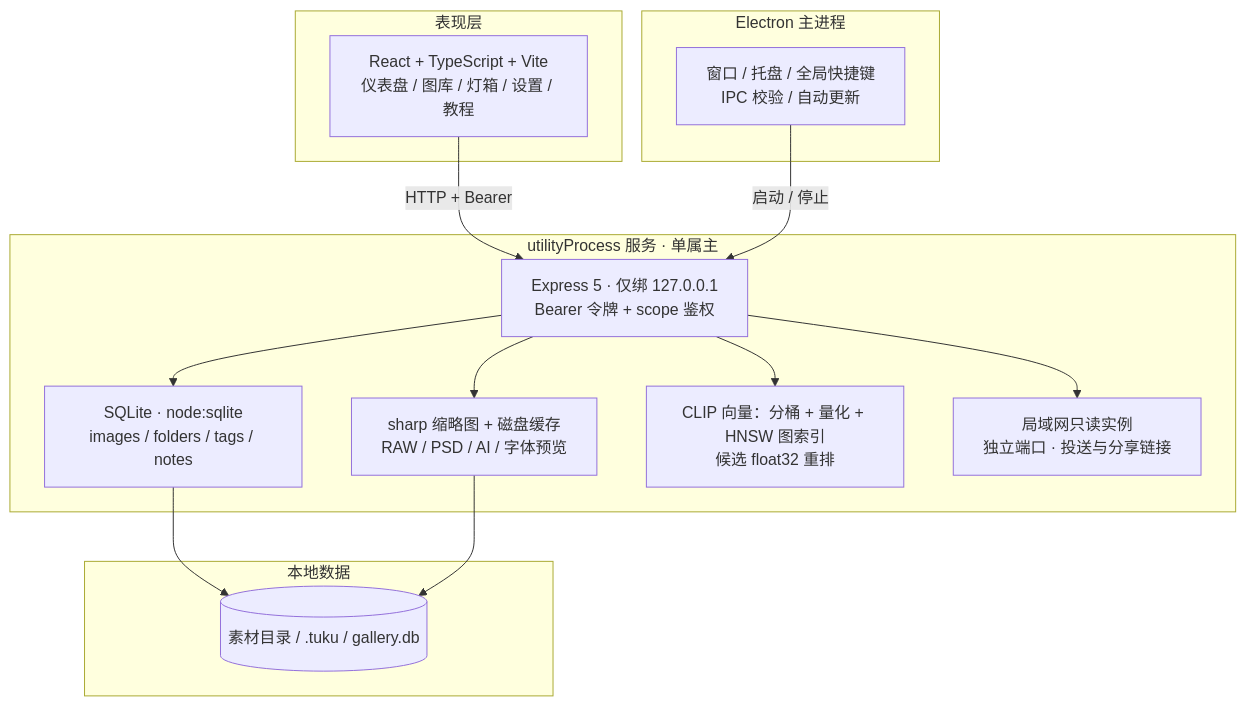
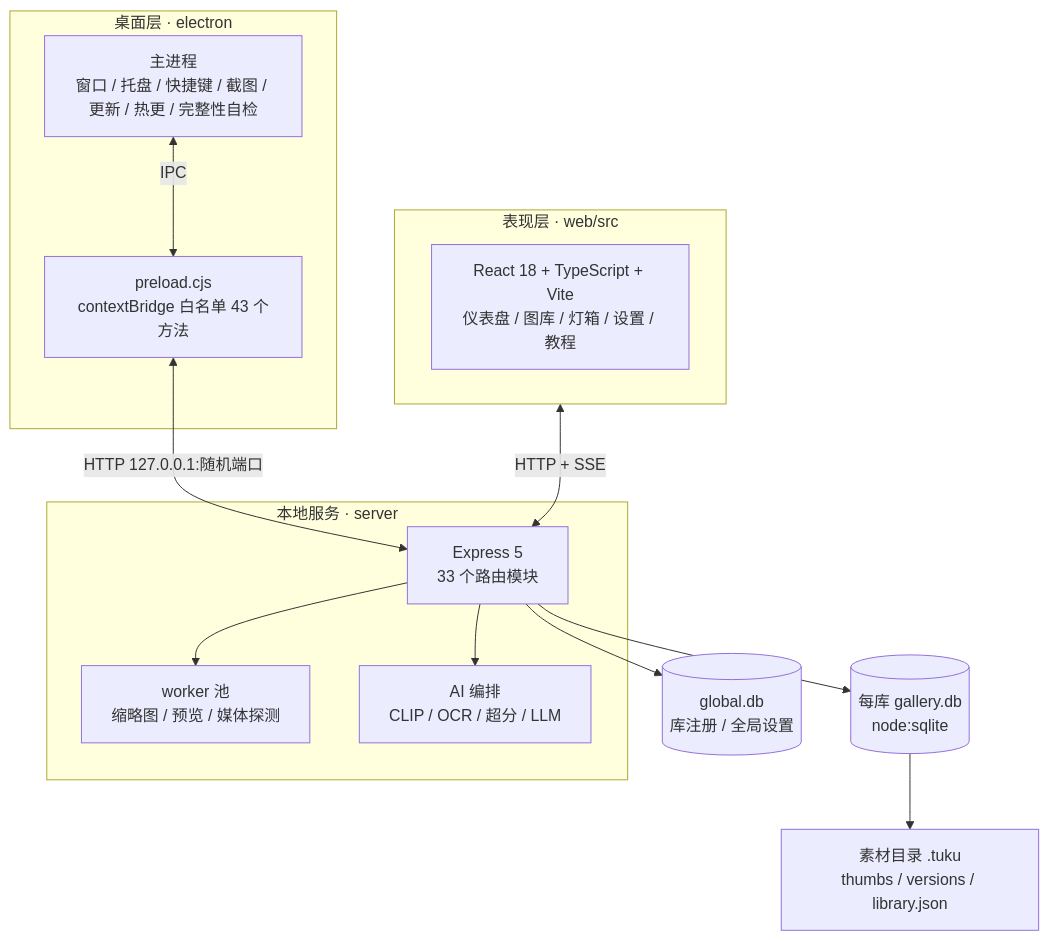
Before and after one commit to mr-awei/youyouvault: the second of 2 diagrams in README.md, drawn with Mermaid. The commit also changed other lines of this file and 52 other files, not shown here.

````diff
--- a/README.md
+++ b/README.md
@@ -198,27 +360,26 @@
 ```mermaid
 flowchart TB
-    subgraph UI[表现层]
-        W[React + TypeScript + Vite<br/>仪表盘 / 图库 / 灯箱 / 设置 / 教程]
+    subgraph UI[表现层 · web/src]
+        W[React 18 + TypeScript + Vite<br/>仪表盘 / 图库 / 灯箱 / 设置 / 教程]
     end
-    subgraph DESKTOP[Electron 主进程]
-        M[窗口 / 托盘 / 全局快捷键<br/>IPC 校验 / 自动更新]
+    subgraph DESK[桌面层 · electron]
+        M[主进程<br/>窗口 / 托盘 / 快捷键 / 截图 / 更新 / 热更 / 完整性自检]
+        P[preload.cjs<br/>contextBridge 白名单 43 个方法]
     end
-    subgraph SVC[utilityProcess 服务 · 单属主]
-        E[Express 5 · 仅绑 127.0.0.1<br/>Bearer 令牌 + scope 鉴权]
-        S[SQLite · node:sqlite<br/>images / folders / tags / notes]
-        T[sharp 缩略图 + 磁盘缓存<br/>RAW / PSD / AI / 字体预览]
-        C[CLIP 向量：分桶 + 量化 + HNSW 图索引<br/>候选 float32 重排]
-        L[局域网只读实例<br/>独立端口 · 投送与分享链接]
+    subgraph SRV[本地服务 · server]
+        S[Express 5<br/>33 个路由模块]
+        Q[worker 池<br/>缩略图 / 预览 / 媒体探测]
+        A[AI 编排<br/>CLIP / OCR / 超分 / LLM]
     end
-    subgraph DATA[本地数据]
-        D[(素材目录 / .tuku / gallery.db)]
-    end
-    W -->|HTTP + Bearer| E
-    M -->|启动 / 停止| E
-    E --> S
-    E --> T
-    E --> C
-    E --> L
-    S --> D
-    T --> D
+    DB[(每库 gallery.db<br/>node:sqlite)]
+    GD[(global.db<br/>库注册 / 全局设置)]
+    FS[素材目录 .tuku<br/>thumbs / versions / library.json]
+    UI <-->|HTTP + SSE| S
+    M <-->|IPC| P
+    P <-->|HTTP 127.0.0.1:随机端口| S
+    S --> DB
+    S --> GD
+    S --> Q
+    S --> A
+    DB --> FS
 ```
````
